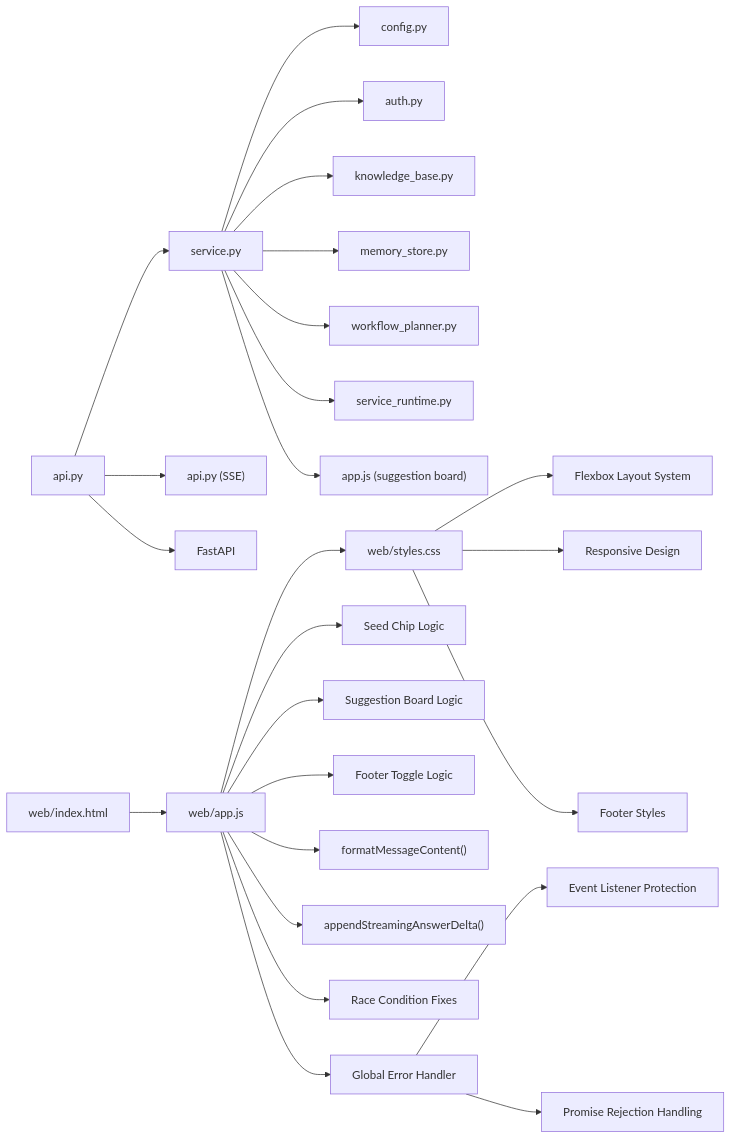
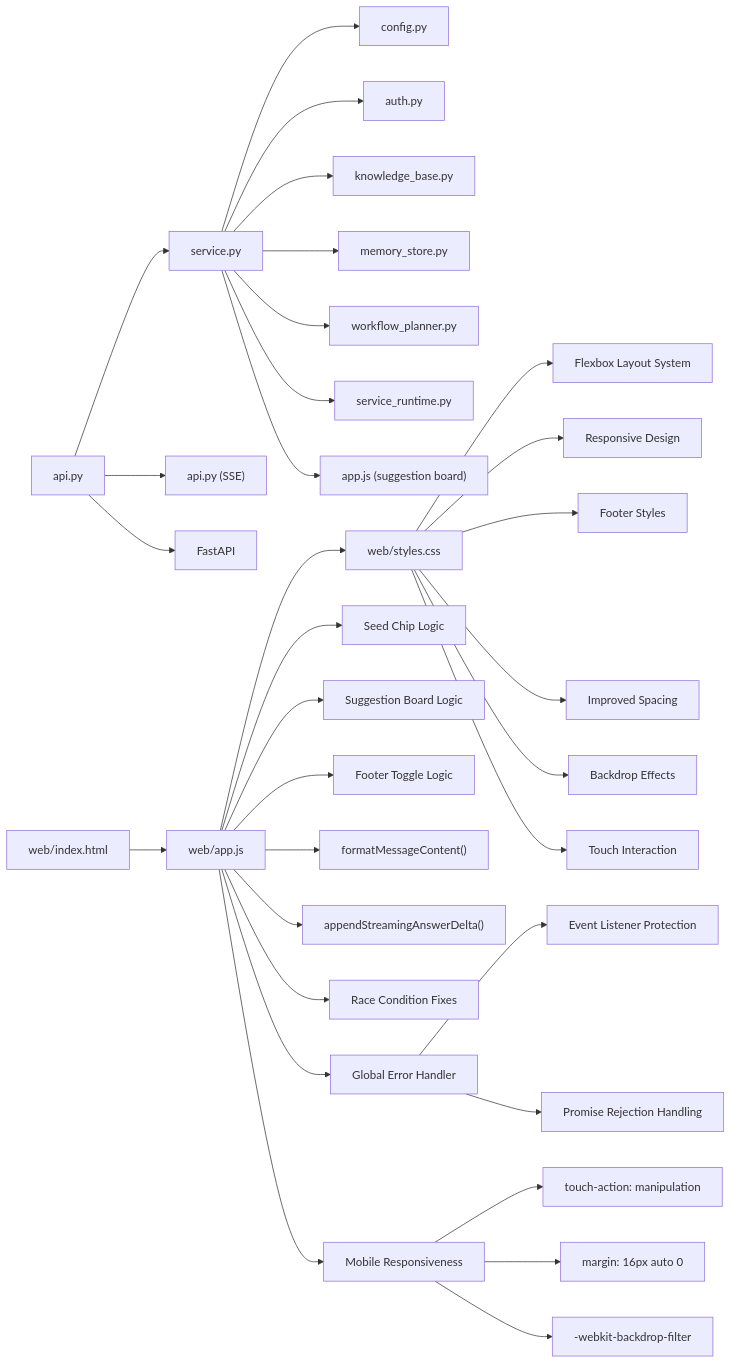
One commit to intellistream/sage-mate changed the tenth of 10 diagrams in .qoder/repowiki/en/content/Core Components/Core Components.md. Above: the diagram before and after it, drawn with Mermaid. The commit also changed other lines of this file and 203 other files, not shown here.

````diff
--- a/.qoder/repowiki/en/content/Core Components/Core Components.md
+++ b/.qoder/repowiki/en/content/Core Components/Core Components.md
@@ -953,27 +977,34 @@
 ```mermaid
 graph LR
 API["api.py"] --> SVC["service.py"]
 API --> BROKER["api.py (SSE)"]
 SVC --> CFG["config.py"]
 SVC --> AUTH["auth.py"]
 SVC --> KB["knowledge_base.py"]
 SVC --> MEM["memory_store.py"]
 SVC --> PLAN["workflow_planner.py"]
 SVC --> SRM["service_runtime.py"]
 SVC --> SUGGEST["app.js (suggestion board)"]
 API --> FASTAPI["FastAPI"]
 WEB["web/index.html"] --> APPJS["web/app.js"]
 APPJS --> STYLES["web/styles.css"]
 APPJS --> SEEDCHIPS["Seed Chip Logic"]
 APPJS --> SUGGESTLOGIC["Suggestion Board Logic"]
 APPJS --> FOOTERTOGGLE["Footer Toggle Logic"]
 APPJS --> MARKDOWN["formatMessageContent()"]
 APPJS --> STREAMING["appendStreamingAnswerDelta()"]
 APPJS --> RACEFIXES["Race Condition Fixes"]
 APPJS --> ERRORHANDLER["Global Error Handler"]
+APPJS --> MOBILE["Mobile Responsiveness"]
 STYLES --> FLEXBOX["Flexbox Layout System"]
 STYLES --> RESPONSIVE["Responsive Design"]
 STYLES --> FOOTERSTYLE["Footer Styles"]
+STYLES --> SPACING["Improved Spacing"]
+STYLES --> BACKDROP["Backdrop Effects"]
+STYLES --> TOUCH["Touch Interaction"]
 ERRORHANDLER --> EVENTLISTENERS["Event Listener Protection"]
 ERRORHANDLER --> PROMISEREJECTIONS["Promise Rejection Handling"]
+MOBILE --> TOUCHACTION["touch-action: manipulation"]
+MOBILE --> MARGINS["margin: 16px auto 0"]
+MOBILE --> BACKDROPWEBKIT["-webkit-backdrop-filter"]
 ```
````
